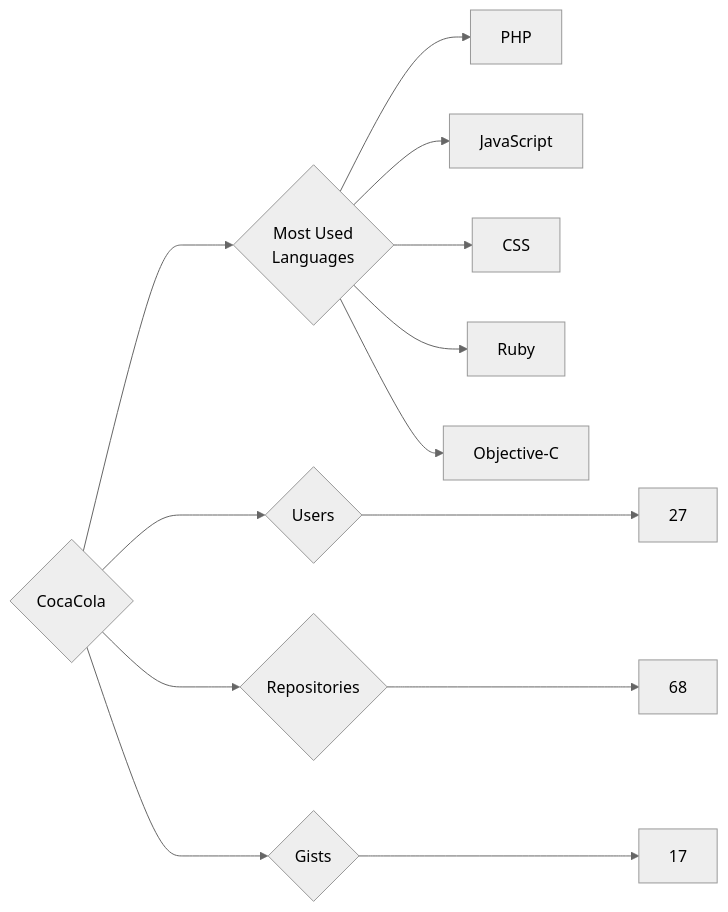
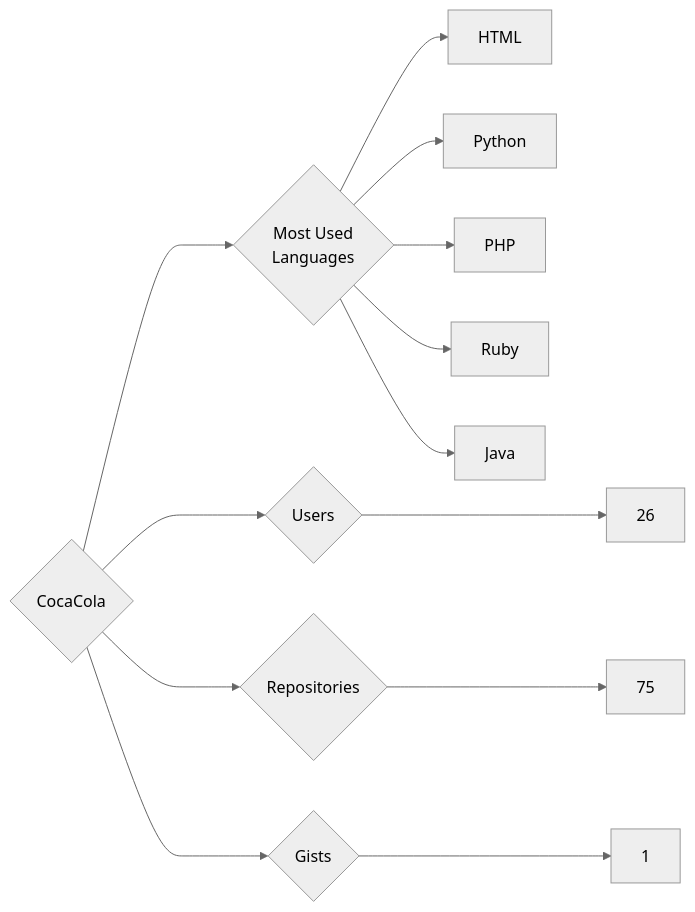
The diagram in targets/CocaCola/README.md (trickest/insiders), drawn with Mermaid (neutral theme) before and after one commit. The commit also changed 965 other files, not shown here.

````diff
--- a/targets/CocaCola/README.md
+++ b/targets/CocaCola/README.md
@@ -3,13 +3,13 @@
 ```mermaid
 graph LR
 COMPANY_NAME{CocaCola}
-COMPANY_NAME ---> U{Users} ---> UN[27]
-COMPANY_NAME ---> R{Repositories} ---> RN[68]
-COMPANY_NAME ---> G{Gists} ---> GN[17]
+COMPANY_NAME ---> U{Users} ---> UN[26]
+COMPANY_NAME ---> R{Repositories} ---> RN[75]
+COMPANY_NAME ---> G{Gists} ---> GN[1]
 COMPANY_NAME ---> ML{Most Used<br>Languages}
+ML --> HTML[HTML]
+ML --> Python[Python]
 ML --> PHP[PHP]
-ML --> JavaScript[JavaScript]
-ML --> CSS[CSS]
 ML --> Ruby[Ruby]
-ML --> Objective-C[Objective-C]
+ML --> Java[Java]
 ```
````
